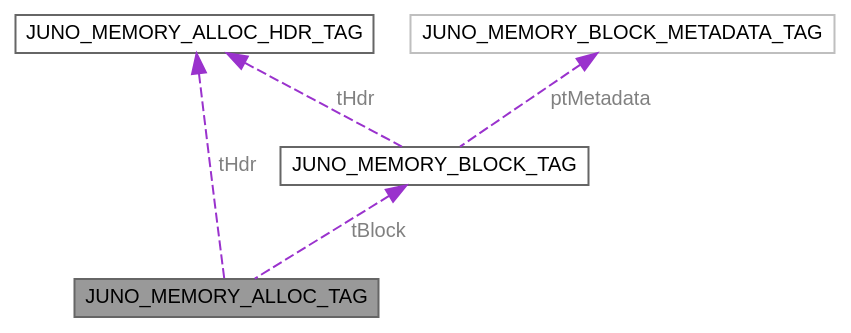
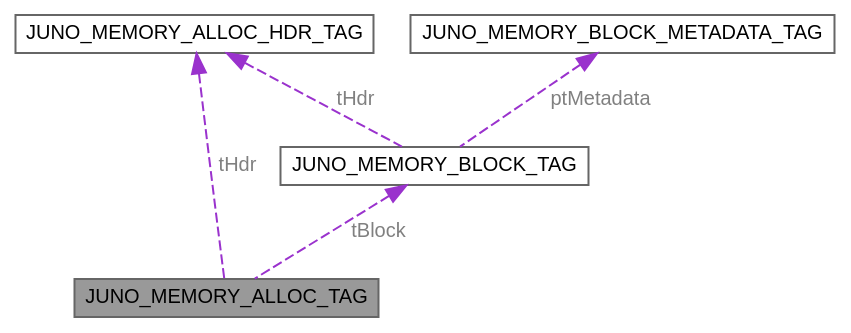
Before and after one commit to robinonsay/libjuno: the diagram in unionJUNO__MEMORY__ALLOC__TAG__coll__graph.dot, drawn with Graphviz. The commit also changed 290 other files, not shown here.

```diff
--- a/unionJUNO__MEMORY__ALLOC__TAG__coll__graph.dot
+++ b/unionJUNO__MEMORY__ALLOC__TAG__coll__graph.dot
@@ -1,15 +1,15 @@
 digraph "JUNO_MEMORY_ALLOC_TAG"
 {
  // LATEX_PDF_SIZE
   bgcolor="transparent";
   edge [fontname=Helvetica,fontsize=10,labelfontname=Helvetica,labelfontsize=10];
   node [fontname=Helvetica,fontsize=10,shape=box,height=0.2,width=0.4];
   Node1 [id="Node000001",label="JUNO_MEMORY_ALLOC_TAG",height=0.2,width=0.4,color="gray40", fillcolor="grey60", style="filled", fontcolor="black",tooltip="Union for a generic memory allocation. Accommodates various allocation types, currently including blo..."];
   Node2 -> Node1 [id="edge1_Node000001_Node000002",dir="back",color="darkorchid3",style="dashed",tooltip=" ",label=" tHdr",fontcolor="grey" ];
   Node2 [id="Node000002",label="JUNO_MEMORY_ALLOC_HDR_TAG",height=0.2,width=0.4,color="gray40", fillcolor="white", style="filled",URL="$structJUNO__MEMORY__ALLOC__HDR__TAG.html",tooltip="Structure for memory allocation header. Contains general information including the type of allocation..."];
   Node3 -> Node1 [id="edge2_Node000001_Node000003",dir="back",color="darkorchid3",style="dashed",tooltip=" ",label=" tBlock",fontcolor="grey" ];
   Node3 [id="Node000003",label="JUNO_MEMORY_BLOCK_TAG",height=0.2,width=0.4,color="gray40", fillcolor="white", style="filled",URL="$structJUNO__MEMORY__BLOCK__TAG.html",tooltip="Structure representing a block-based memory allocator. Manages a fixed-size memory area along with as..."];
   Node2 -> Node3 [id="edge3_Node000003_Node000002",dir="back",color="darkorchid3",style="dashed",tooltip=" ",label=" tHdr",fontcolor="grey" ];
   Node4 -> Node3 [id="edge4_Node000003_Node000004",dir="back",color="darkorchid3",style="dashed",tooltip=" ",label=" ptMetadata",fontcolor="grey" ];
-  Node4 [id="Node000004",label="JUNO_MEMORY_BLOCK_METADATA_TAG",height=0.2,width=0.4,color="grey75", fillcolor="white", style="filled",URL="$structJUNO__MEMORY__BLOCK__METADATA__TAG.html",tooltip=" "];
+  Node4 [id="Node000004",label="JUNO_MEMORY_BLOCK_METADATA_TAG",height=0.2,width=0.4,color="gray40", fillcolor="white", style="filled",URL="$structJUNO__MEMORY__BLOCK__METADATA__TAG.html",tooltip=" "];
 }
```
